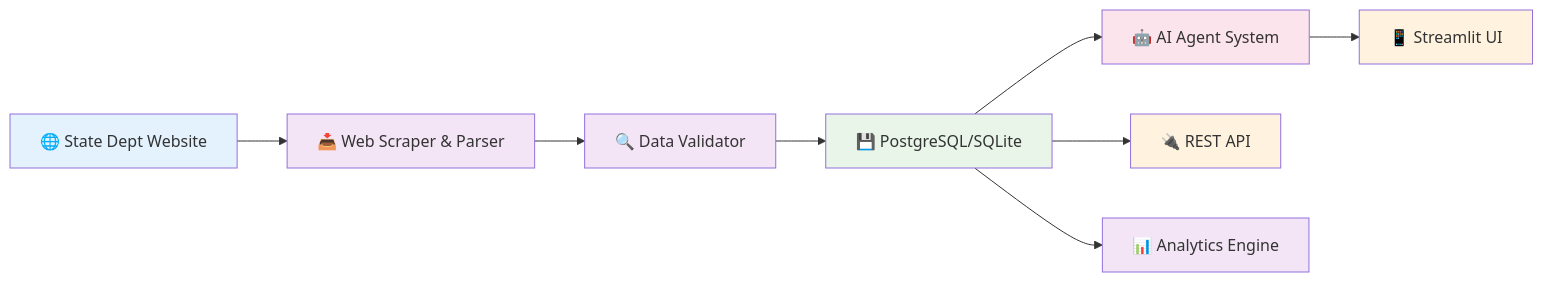
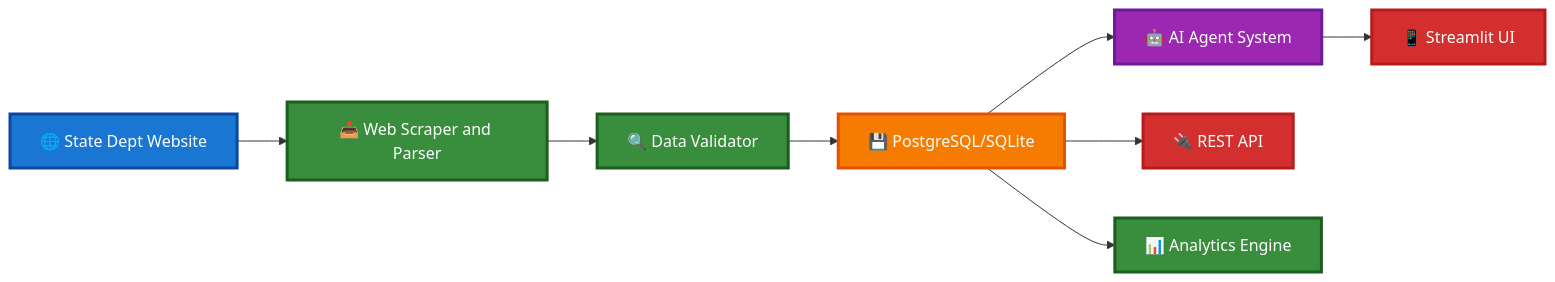
The first of 2 diagrams in docs/visa-bulletin-data-flow.md (kenneth-fernandes/cisc691-a06), drawn with Mermaid before and after one commit. The commit also changed other lines of this file and 1 other file, not shown here.

Commit message:
Added fixes for mermaid diagram generation

````diff
--- a/docs/visa-bulletin-data-flow.md
+++ b/docs/visa-bulletin-data-flow.md
@@ -8,22 +8,22 @@
 ```mermaid
 flowchart LR
-    A[🌐 State Dept Website] --> B[📥 Web Scraper & Parser]
+    A[🌐 State Dept Website] --> B[📥 Web Scraper and Parser]
     B --> C[🔍 Data Validator]
     C --> D[💾 PostgreSQL/SQLite]
     D --> E[🤖 AI Agent System]
     E --> F[📱 Streamlit UI]
     D --> G[🔌 REST API]
     D --> H[📊 Analytics Engine]
     
-    classDef source fill:#e3f2fd
-    classDef process fill:#f3e5f5
-    classDef storage fill:#e8f5e8
-    classDef ai fill:#fce4ec
-    classDef app fill:#fff3e0
+    classDef source fill:#1976d2,stroke:#0d47a1,stroke-width:3px,color:#ffffff
+    classDef process fill:#388e3c,stroke:#1b5e20,stroke-width:3px,color:#ffffff
+    classDef storage fill:#f57c00,stroke:#e65100,stroke-width:3px,color:#ffffff
+    classDef ai fill:#9c27b0,stroke:#6a1b9a,stroke-width:3px,color:#ffffff
+    classDef app fill:#d32f2f,stroke:#b71c1c,stroke-width:3px,color:#ffffff
     
     class A source
     class B,C,H process
     class D storage
     class E ai
     class F,G app
 ```
````
